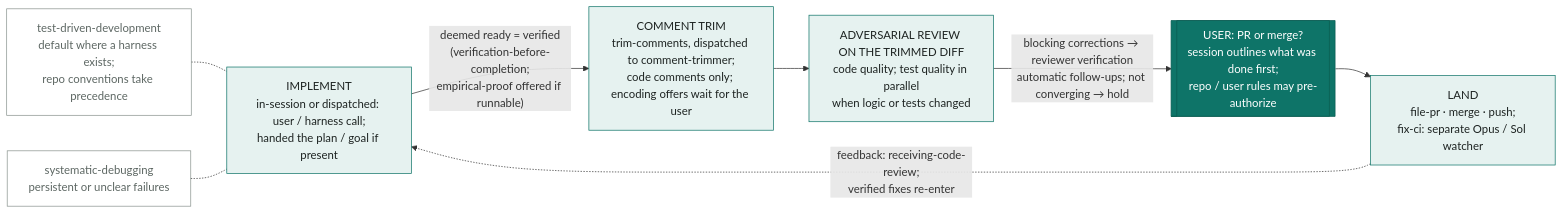
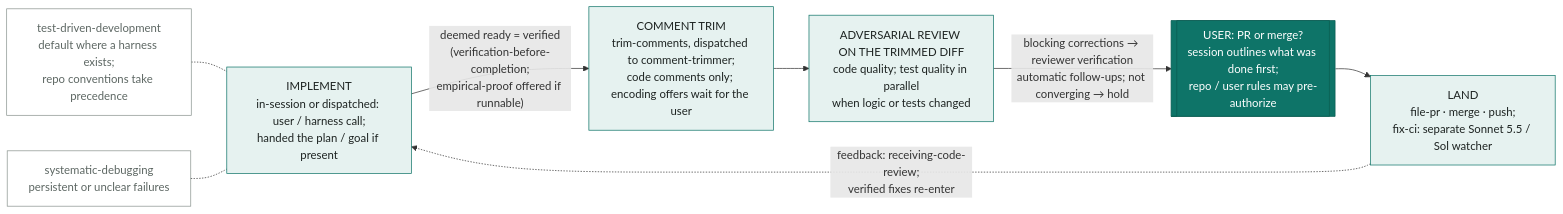
One commit to giostriquer/workshop changed the second of 2 diagrams in docs/workbench-flow.md. Above: the diagram before and after it, drawn with Mermaid. The commit also changed 31 other files, not shown here.

````diff
--- a/docs/workbench-flow.md
+++ b/docs/workbench-flow.md
@@ -39,21 +39,21 @@
 ```mermaid
 flowchart LR
     classDef gate fill:#0e7468,stroke:#0a5c52,color:#ffffff
     classDef stage fill:#e6f2f0,stroke:#0e7468,color:#1d2321
     classDef sat fill:none,stroke:#8a948f,color:#5d6763
 
     TDD["test-driven-development<br/>default where a harness exists;<br/>repo conventions take precedence"]:::sat -.- I
     SD["systematic-debugging<br/>persistent or unclear failures"]:::sat -.- I
 
     I["IMPLEMENT<br/>in-session or dispatched: user / harness call;<br/>handed the plan / goal if present"]:::stage
     TR["COMMENT TRIM<br/>trim-comments, dispatched to comment-trimmer;<br/>code comments only; encoding offers wait for the user"]:::stage
     AR["ADVERSARIAL REVIEW ON THE TRIMMED DIFF<br/>code quality; test quality in parallel<br/>when logic or tests changed"]:::stage
     OG[["USER: PR or merge?<br/>session outlines what was done first;<br/>repo / user rules may pre-authorize"]]:::gate
-    L["LAND<br/>file-pr · merge · push;<br/>fix-ci: separate Opus / Sol watcher"]:::stage
+    L["LAND<br/>file-pr · merge · push;<br/>fix-ci: separate Sonnet 5.5 / Sol watcher"]:::stage
 
     I -->|"deemed ready = verified<br/>(verification-before-completion;<br/>empirical-proof offered if runnable)"| TR
     TR --> AR
     AR -->|"blocking corrections → reviewer verification<br/>automatic follow-ups; not converging → hold"| OG
     OG --> L
     L -.->|"feedback: receiving-code-review;<br/>verified fixes re-enter"| I
 ```
````
